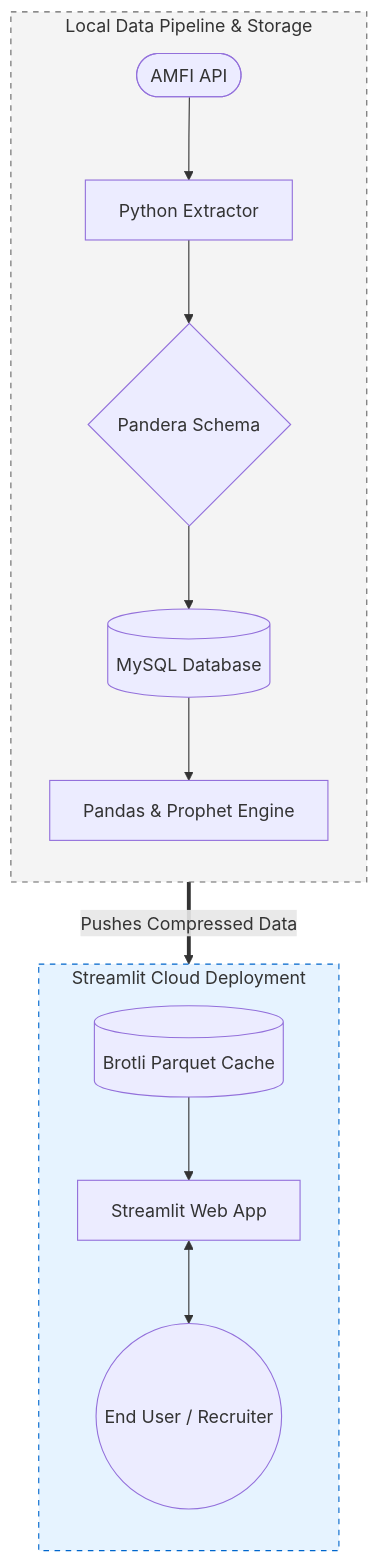
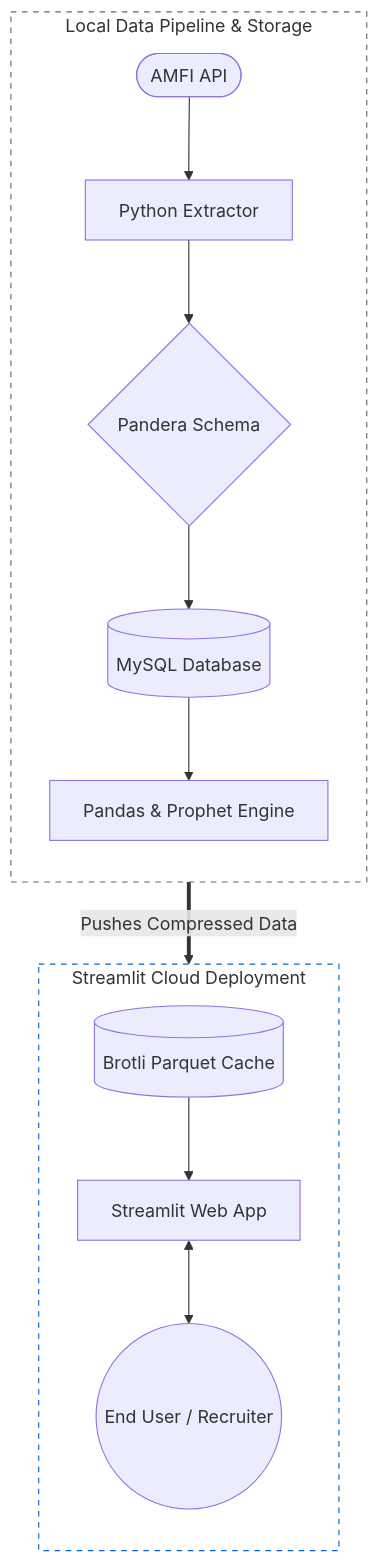
One commit to AD1007/End-to-End-Mutual-Fund-Analysis---Recommendation-Engine changed the first of 2 diagrams in README.md. Above: the diagram before and after it, drawn with Mermaid.

Commit message:
Change Local and Cloud styles to white background
Updated styles for Local and Cloud to have a white background for consistency with standard Mermaid backgrounds.

````diff
--- a/README.md
+++ b/README.md
@@ -25,25 +25,27 @@
 ```mermaid
 flowchart TD
     subgraph Local ["Local Data Pipeline & Storage"]
         direction TB
         API([AMFI API]) --> Ext[Python Extractor]
         Ext --> Val{Pandera Schema}
         Val --> DB[(MySQL Database)]
         DB --> Comp[Pandas & Prophet Engine]
     end
 
     subgraph Cloud ["Streamlit Cloud Deployment"]
         direction TB
         Cache[(Brotli Parquet Cache)]
         App[Streamlit Web App]
         User((End User / Recruiter))
         
         Cache --> App
         App <--> User
     end
 
     Comp == "Pushes Compressed Data" ==> Cache
     
-    style Local fill:#f4f4f4,stroke:#666,stroke-dasharray: 5 5,color:#333
-    style Cloud fill:#e6f3ff,stroke:#0066cc,stroke-dasharray: 5 5,color:#333
+    %% Changed fill from #f4f4f4 (gray) to #fff (white) to match standard Mermaid background
+    style Local fill:#fff,stroke:#666,stroke-dasharray: 5 5,color:#333
+    %% Changed fill from #e6f3ff (blue) to #fff (white) to match standard Mermaid background
+    style Cloud fill:#fff,stroke:#0066cc,stroke-dasharray: 5 5,color:#333
 ```
````
